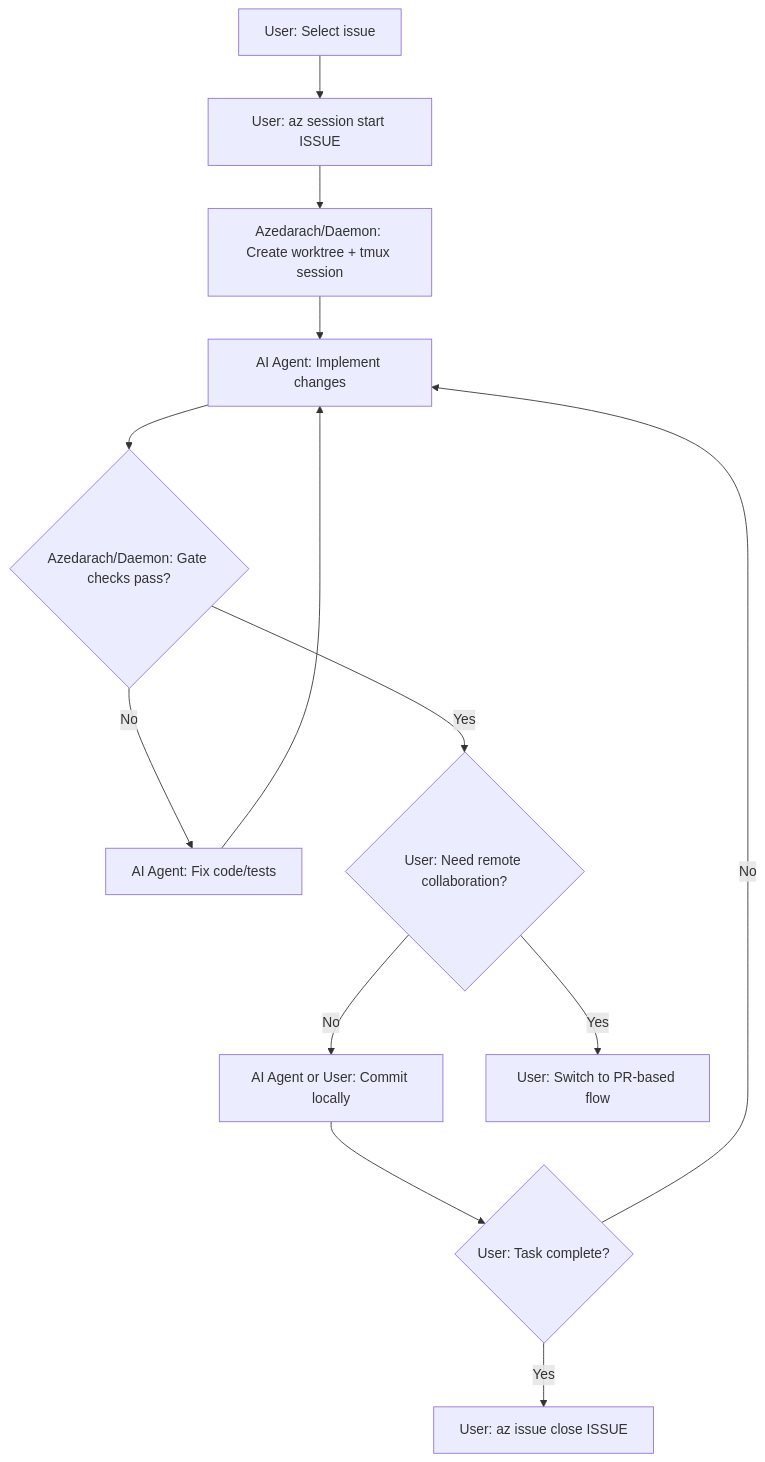
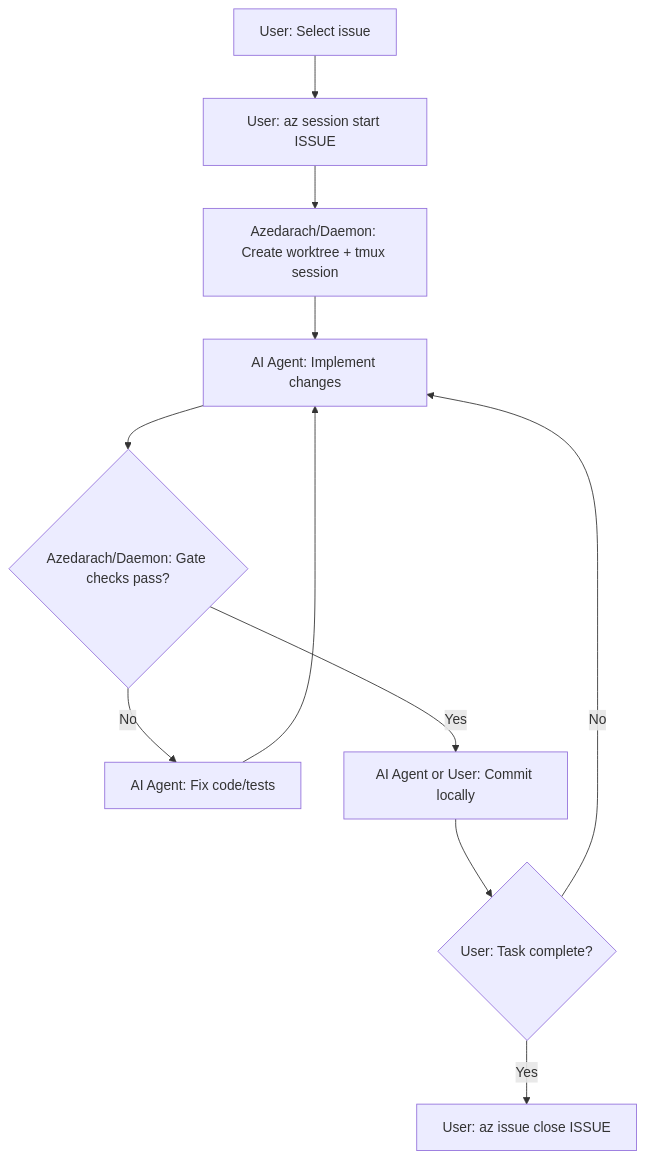
One commit to riordanpawley/azedarach changed the fourth of 6 diagrams in README.md. Above: the diagram before and after it, drawn with Mermaid. The commit also changed other lines of this file and 14 other files, not shown here.

````diff
--- a/README.md
+++ b/README.md
@@ -165,15 +167,13 @@
 ```mermaid
 flowchart TD
   A[User: Select issue] --> B[User: az session start ISSUE]
   B --> C[Azedarach/Daemon: Create worktree + tmux session]
   C --> D[AI Agent: Implement changes]
   D --> E{Azedarach/Daemon: Gate checks pass?}
   E -->|No| F[AI Agent: Fix code/tests]
   F --> D
-  E -->|Yes| G{User: Need remote collaboration?}
-  G -->|No| H[AI Agent or User: Commit locally]
+  E -->|Yes| H[AI Agent or User: Commit locally]
   H --> I{User: Task complete?}
   I -->|No| D
   I -->|Yes| J[User: az issue close ISSUE]
-  G -->|Yes| K[User: Switch to PR-based flow]
 ```
````
